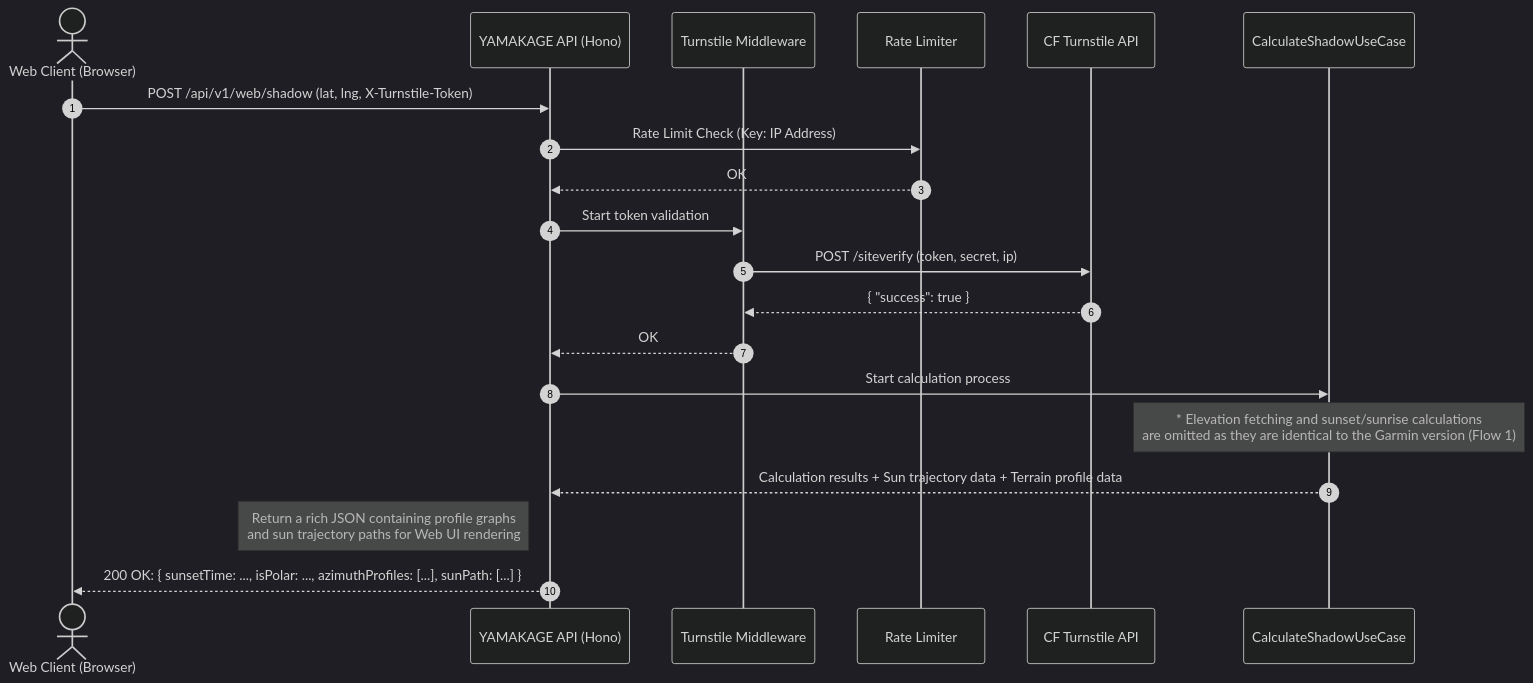
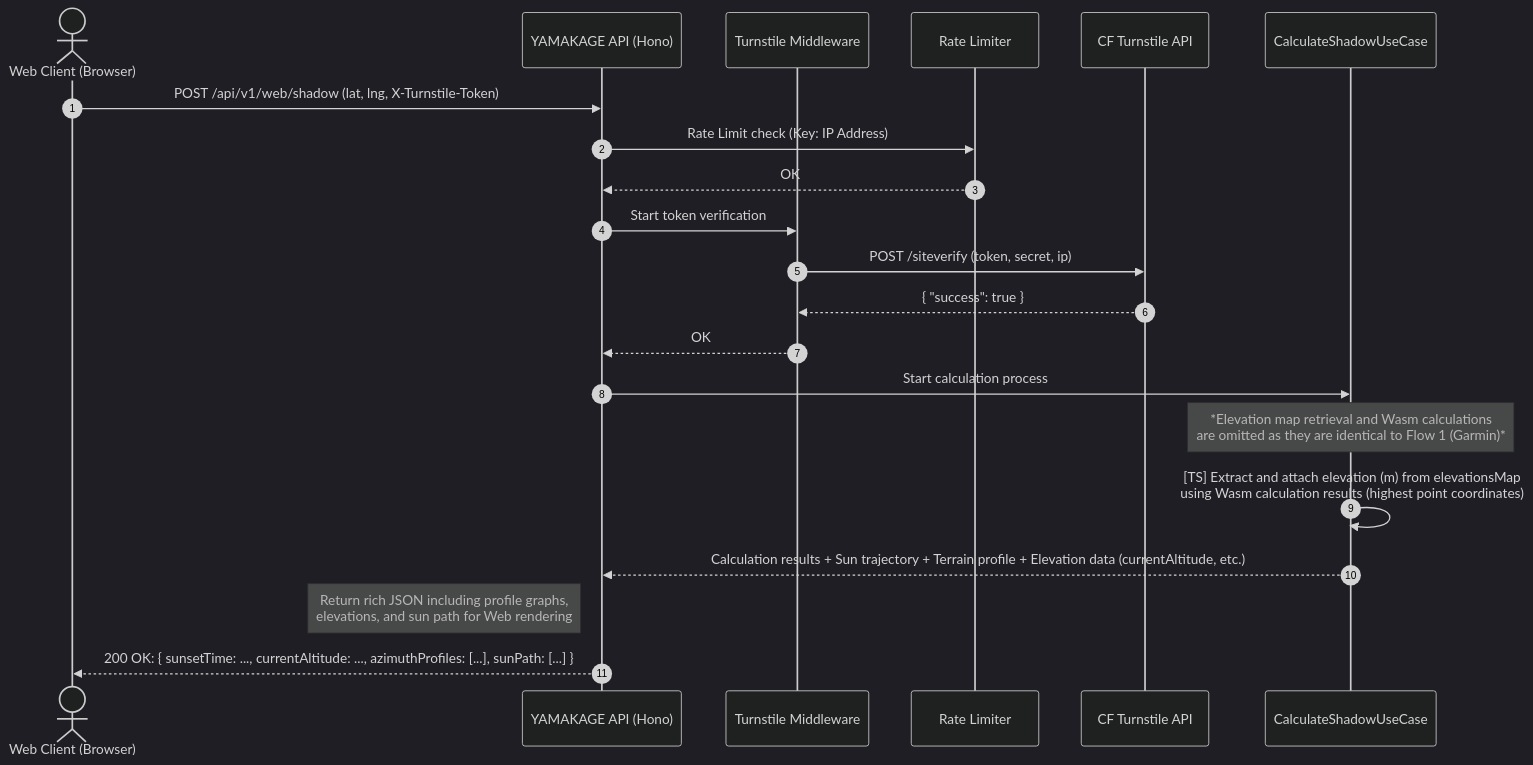
One commit to tomopumipumi/yamakage changed the second of 2 diagrams in docs/architecture/data-flow.md. Above: the diagram before and after it, drawn with Mermaid (dark theme). The commit also changed other lines of this file and 7 other files, not shown here.

````diff
--- a/docs/architecture/data-flow.md
+++ b/docs/architecture/data-flow.md
@@ -60,31 +62,33 @@
 ```mermaid
 sequenceDiagram
     autonumber
     
     actor Web as Web Client (Browser)
     participant API as YAMAKAGE API (Hono)
     participant TurnstileMiddleware as Turnstile Middleware
     participant RateLimiter as Rate Limiter
     participant Cloudflare as CF Turnstile API
     participant Usecase as CalculateShadowUseCase
 
     Web->>API: POST /api/v1/web/shadow (lat, lng, X-Turnstile-Token)
     
-    API->>RateLimiter: Rate Limit Check (Key: IP Address)
+    API->>RateLimiter: Rate Limit check (Key: IP Address)
     RateLimiter-->>API: OK
     
-    API->>TurnstileMiddleware: Start token validation
+    API->>TurnstileMiddleware: Start token verification
     TurnstileMiddleware->>Cloudflare: POST /siteverify (token, secret, ip)
     Cloudflare-->>TurnstileMiddleware: { "success": true }
     TurnstileMiddleware-->>API: OK
     
     API->>Usecase: Start calculation process
     
-    note over Usecase: * Elevation fetching and sunset/sunrise calculations<br>are omitted as they are identical to the Garmin version (Flow 1)
+    note over Usecase: *Elevation map retrieval and Wasm calculations<br/>are omitted as they are identical to Flow 1 (Garmin)*
     
-    Usecase-->>API: Calculation results + Sun trajectory data + Terrain profile data
+    Usecase->>Usecase: [TS] Extract and attach elevation (m) from elevationsMap<br/>using Wasm calculation results (highest point coordinates)
     
-    note left of API: Return a rich JSON containing profile graphs<br>and sun trajectory paths for Web UI rendering
-    API-->>Web: 200 OK: { sunsetTime: ..., isPolar: ..., azimuthProfiles: [...], sunPath: [...] }
+    Usecase-->>API: Calculation results + Sun trajectory + Terrain profile + Elevation data (currentAltitude, etc.)
+    
+    note left of API: Return rich JSON including profile graphs,<br/>elevations, and sun path for Web rendering
+    API-->>Web: 200 OK: { sunsetTime: ..., currentAltitude: ..., azimuthProfiles: [...], sunPath: [...] }
 
 ```
````
